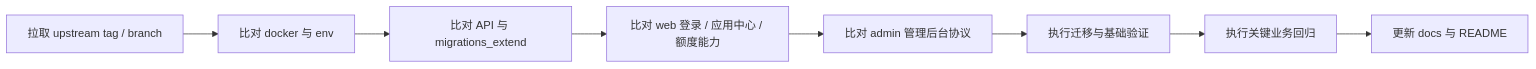
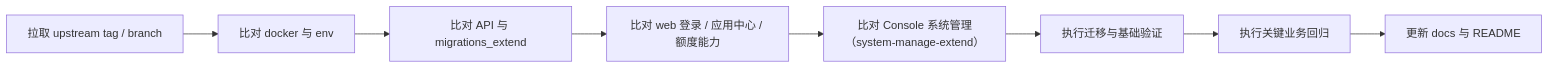
The diagram in docs/dify-plus/上游升级与回归检查清单.md (YFGaia/dify-plus), drawn with Mermaid before and after one commit. The commit also changed other lines of this file and 6 other files, not shown here.

````diff
--- a/docs/dify-plus/上游升级与回归检查清单.md
+++ b/docs/dify-plus/上游升级与回归检查清单.md
@@ -80,10 +82,10 @@
 ```mermaid
 flowchart LR
   A["拉取 upstream tag / branch"] --> B["比对 docker 与 env"]
   B --> C["比对 API 与 migrations_extend"]
   C --> D["比对 web 登录 / 应用中心 / 额度能力"]
-  D --> E["比对 admin 管理后台协议"]
+  D --> E["比对 Console 系统管理（system-manage-extend）"]
   E --> F["执行迁移与基础验证"]
   F --> G["执行关键业务回归"]
   G --> H["更新 docs 与 README"]
 ```
````
